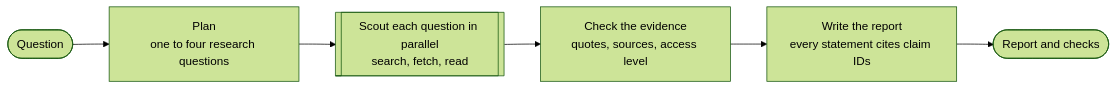
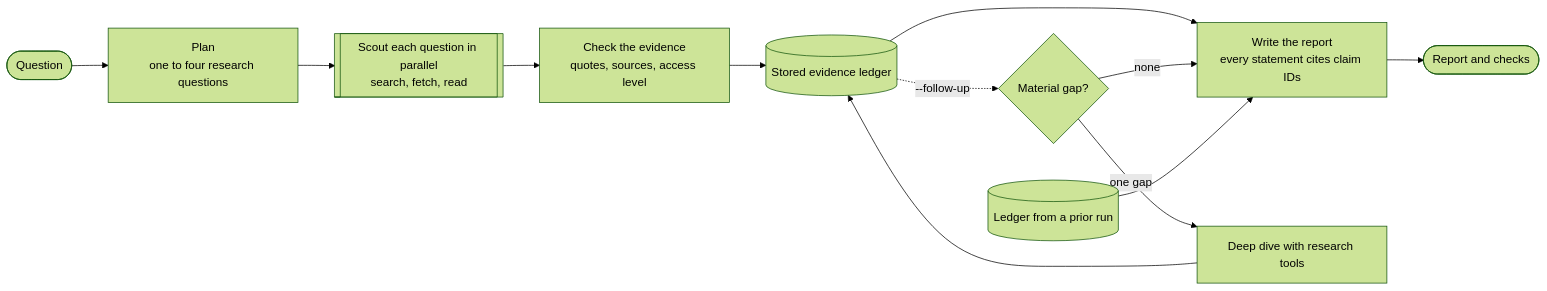
One commit to rjanseko/research-loop changed the diagram in README.md. Above: the diagram before and after it, drawn with Mermaid (forest theme). The commit also changed other lines of this file and 38 other files, not shown here.

````diff
--- a/README.md
+++ b/README.md
@@ -43,8 +50,14 @@
 ```mermaid
 flowchart LR
     question(["Question"]) --> plan["Plan<br/>one to four research questions"]
     plan --> scouts[["Scout each question in parallel<br/>search, fetch, read"]]
     scouts --> check["Check the evidence<br/>quotes, sources, access level"]
-    check --> synthesize["Write the report<br/>every statement cites claim IDs"]
+    check --> ledger[("Stored evidence ledger")]
+    ledger --> synthesize["Write the report<br/>every statement cites claim IDs"]
+    ledger -. "--follow-up" .-> gap{"Material gap?"}
+    gap -- "one gap" --> dive["Deep dive with research tools"]
+    dive --> ledger
+    gap -- "none" --> synthesize
+    saved[("Ledger from a prior run")] --> synthesize
     synthesize --> report(["Report and checks"])
 ```
````
